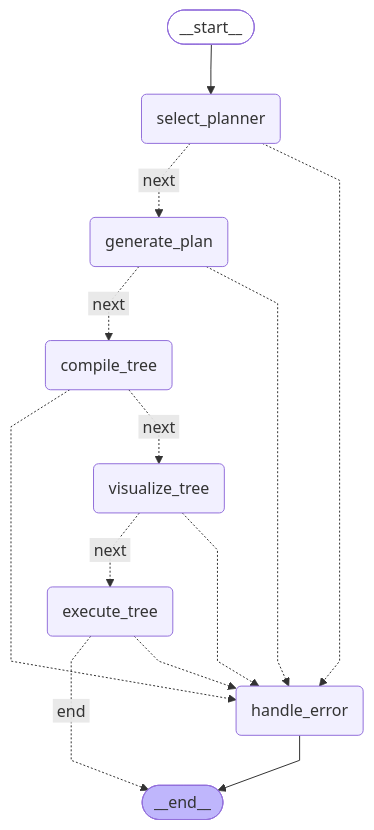
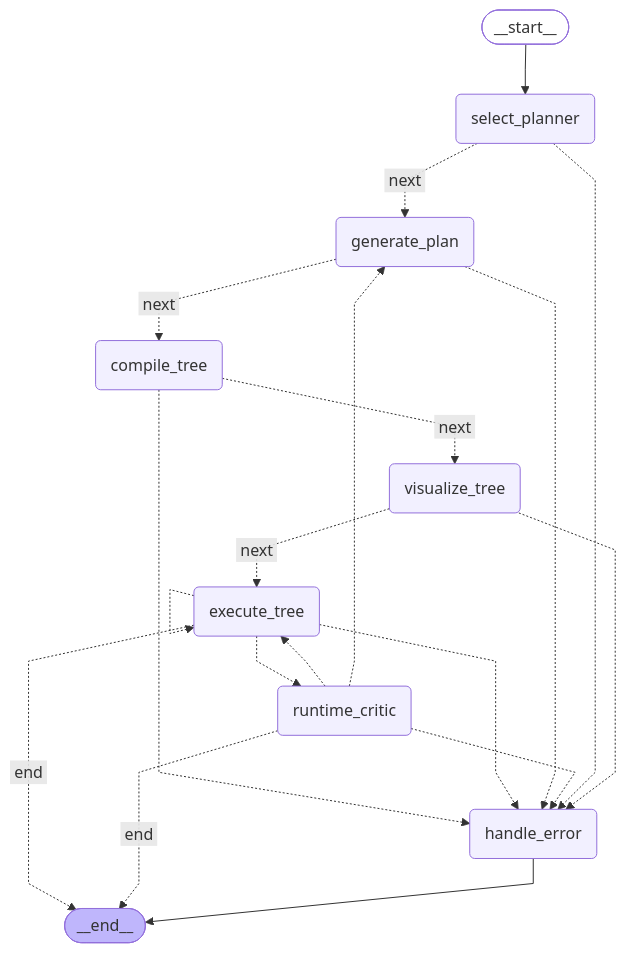
The diagram in Test_Env_1/outputs/graphs/langgraph_pipeline.mmd (bkemp3/AgenticAI-Final-Project-Sandbox), drawn with Mermaid before and after one commit. The commit also changed 34 other files, not shown here.

```diff
--- a/Test_Env_1/outputs/graphs/langgraph_pipeline.mmd
+++ b/Test_Env_1/outputs/graphs/langgraph_pipeline.mmd
@@ -1,29 +1,36 @@
 ---
 config:
   flowchart:
     curve: linear
 ---
 graph TD;
 	__start__([<p>__start__</p>]):::first
 	select_planner(select_planner)
 	generate_plan(generate_plan)
 	compile_tree(compile_tree)
 	visualize_tree(visualize_tree)
 	execute_tree(execute_tree)
+	runtime_critic(runtime_critic)
 	handle_error(handle_error)
 	__end__([<p>__end__</p>]):::last
 	__start__ --> select_planner;
 	compile_tree -.-> handle_error;
 	compile_tree -. &nbsp;next&nbsp; .-> visualize_tree;
 	execute_tree -. &nbsp;end&nbsp; .-> __end__;
 	execute_tree -.-> handle_error;
+	execute_tree -.-> runtime_critic;
 	generate_plan -. &nbsp;next&nbsp; .-> compile_tree;
 	generate_plan -.-> handle_error;
+	runtime_critic -. &nbsp;end&nbsp; .-> __end__;
+	runtime_critic -.-> execute_tree;
+	runtime_critic -.-> generate_plan;
+	runtime_critic -.-> handle_error;
 	select_planner -. &nbsp;next&nbsp; .-> generate_plan;
 	select_planner -.-> handle_error;
 	visualize_tree -. &nbsp;next&nbsp; .-> execute_tree;
 	visualize_tree -.-> handle_error;
 	handle_error --> __end__;
+	execute_tree -.-> execute_tree;
 	classDef default fill:#f2f0ff,line-height:1.2
 	classDef first fill-opacity:0
 	classDef last fill:#bfb6fc
```
